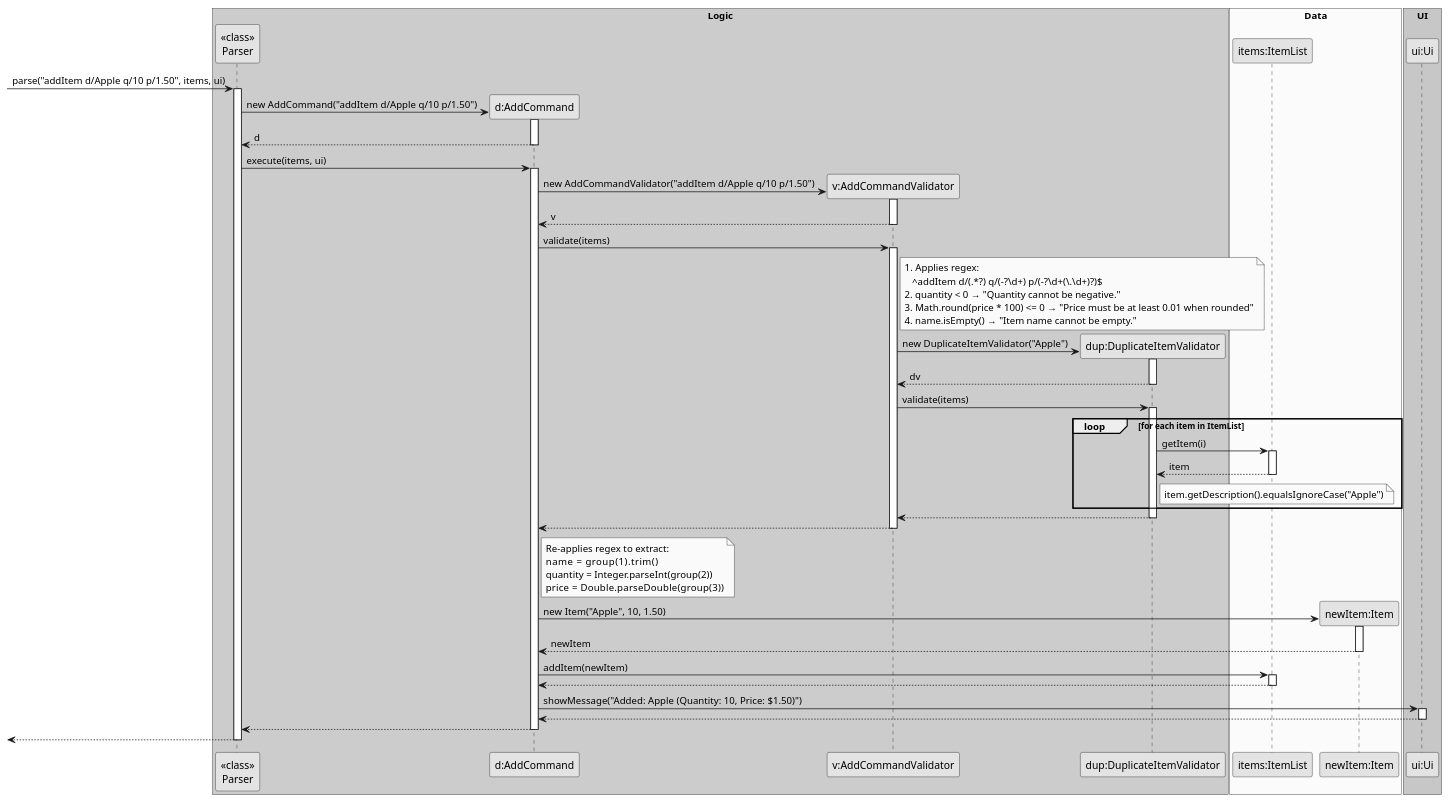
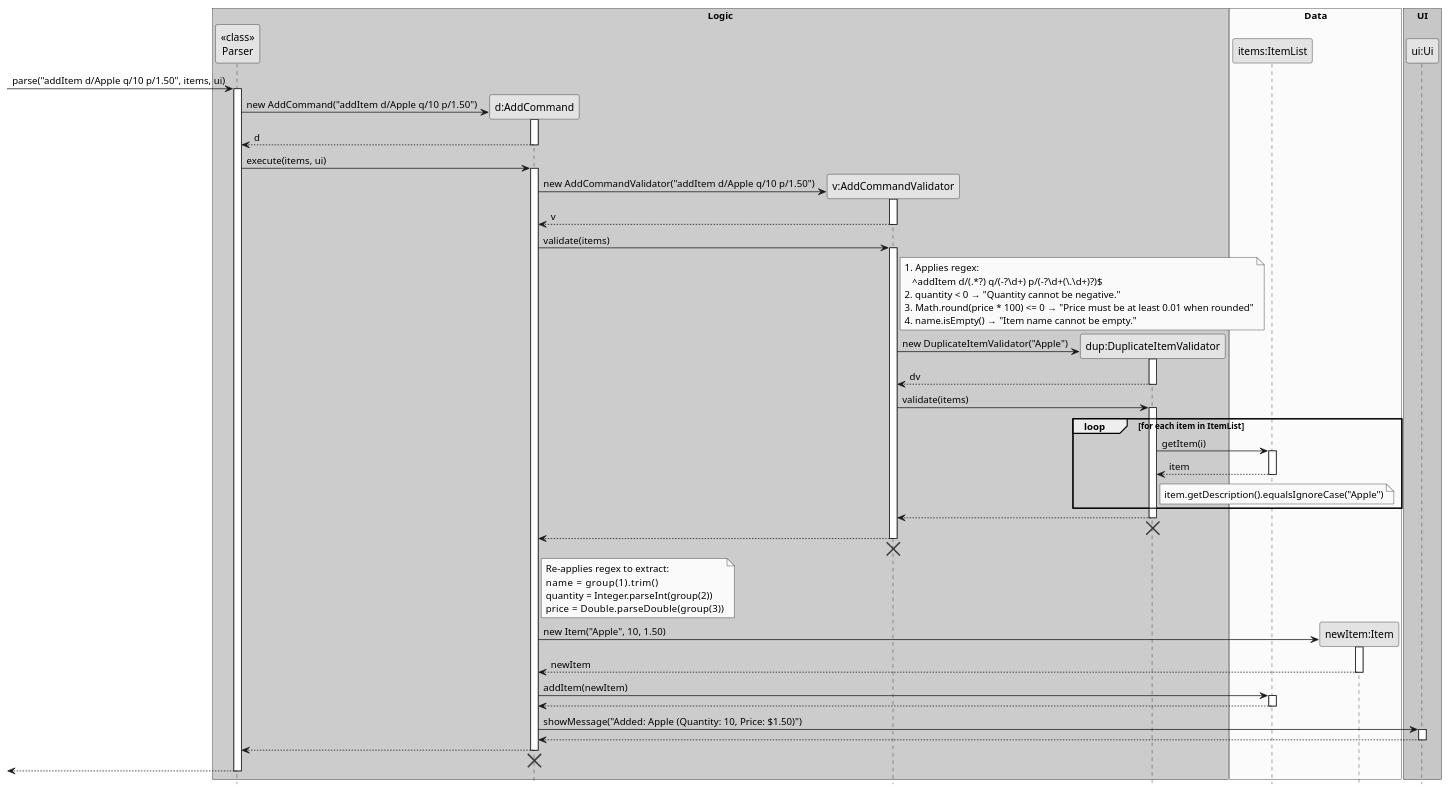
Before and after one commit to fmohamedfaras/tp: the diagram in docs/diagrams/AddCommandSequenceDiagram.puml, drawn with PlantUML. The commit also changed 14 other files, not shown here.

First line of the commit message:
Edit uml sequence diagrams

```diff
--- a/docs/diagrams/AddCommandSequenceDiagram.puml
+++ b/docs/diagrams/AddCommandSequenceDiagram.puml
@@ -1,104 +1,111 @@
 @startuml
 skinparam monochrome true
 skinparam shadowing false
+hide footbox
 
 box "Logic" #LightBlue
 participant "<<class>>\nParser" as Parser
 participant "d:AddCommand" as AddCommand
 participant "v:AddCommandValidator" as AddCommandValidator
 participant "dup:DuplicateItemValidator" as DuplicateItemValidator
 end box
 
 box "Data" #LightYellow
 participant "items:ItemList" as ItemList
 participant "newItem:Item" as Item
 end box
 
 box "UI" #LightGreen
 participant "ui:Ui" as Ui
 end box
 
 -> Parser : parse("addItem d/Apple q/10 p/1.50", items, ui)
 activate Parser
 
 create AddCommand
 Parser -> AddCommand : new AddCommand("addItem d/Apple q/10 p/1.50")
 activate AddCommand
 AddCommand --> Parser : d
 deactivate AddCommand
 
 Parser -> AddCommand : execute(items, ui)
 activate AddCommand
 
 create AddCommandValidator
 AddCommand -> AddCommandValidator : new AddCommandValidator("addItem d/Apple q/10 p/1.50")
 activate AddCommandValidator
 AddCommandValidator --> AddCommand : v
 deactivate AddCommandValidator
 
 AddCommand -> AddCommandValidator : validate(items)
 activate AddCommandValidator
 
 note right of AddCommandValidator
   1. Applies regex:
      ^addItem d/(.*?) q/(-?\d+) p/(-?\d+(\.\d+)?)$
   2. quantity < 0 → "Quantity cannot be negative."
   3. Math.round(price * 100) <= 0 → "Price must be at least 0.01 when rounded"
   4. name.isEmpty() → "Item name cannot be empty."
 end note
 
 create DuplicateItemValidator
 AddCommandValidator -> DuplicateItemValidator : new DuplicateItemValidator("Apple")
 activate DuplicateItemValidator
 DuplicateItemValidator --> AddCommandValidator : dv
 deactivate DuplicateItemValidator
 
 AddCommandValidator -> DuplicateItemValidator : validate(items)
 activate DuplicateItemValidator
 
 loop for each item in ItemList
     DuplicateItemValidator -> ItemList : getItem(i)
     activate ItemList
     ItemList --> DuplicateItemValidator : item
     deactivate ItemList
     note right of DuplicateItemValidator
         item.getDescription().equalsIgnoreCase("Apple")
     end note
 end
 
 DuplicateItemValidator --> AddCommandValidator
 deactivate DuplicateItemValidator
+DuplicateItemValidator -[hidden]-> AddCommandValidator
+destroy DuplicateItemValidator
 
 AddCommandValidator --> AddCommand
 deactivate AddCommandValidator
+AddCommandValidator -[hidden]-> AddCommand
+destroy AddCommandValidator
 
 note right of AddCommand
   Re-applies regex to extract:
   name     = group(1).trim()
   quantity = Integer.parseInt(group(2))
   price    = Double.parseDouble(group(3))
 end note
 
 create Item
 AddCommand -> Item : new Item("Apple", 10, 1.50)
 activate Item
 Item --> AddCommand : newItem
 deactivate Item
 
 AddCommand -> ItemList : addItem(newItem)
 activate ItemList
 ItemList --> AddCommand
 deactivate ItemList
 
 AddCommand -> Ui : showMessage("Added: Apple (Quantity: 10, Price: $1.50)")
 activate Ui
 Ui --> AddCommand
 deactivate Ui
 
 AddCommand --> Parser
 deactivate AddCommand
+AddCommand -[hidden]-> Parser
+destroy AddCommand
 
 <-- Parser
 deactivate Parser
 
 @enduml
```
